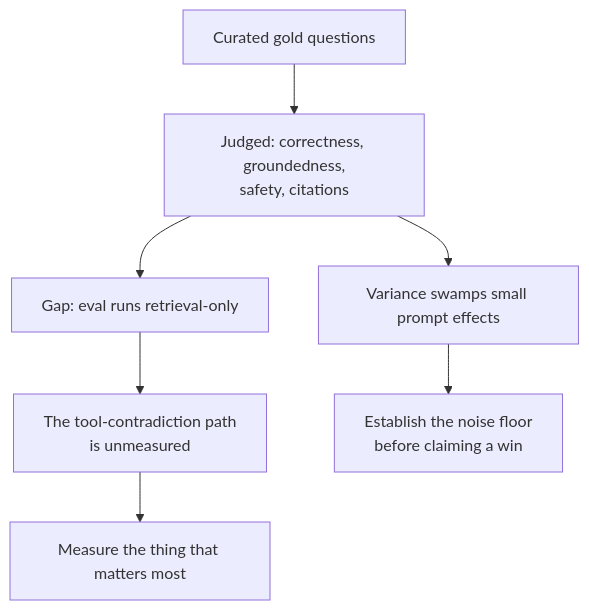
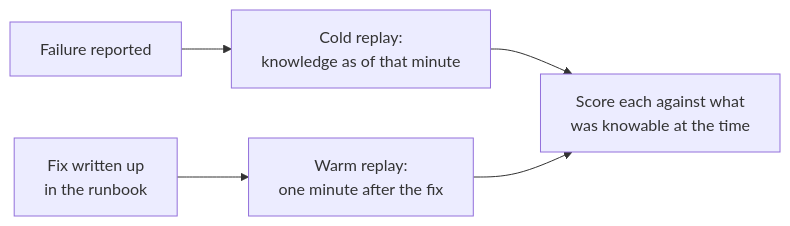
Before and after one commit to MihirUpasani/MihirUpasani.github.io: the tenth of 11 diagrams in src/content/blog/an-assistant-on-top-of-the-platform.md, drawn with Mermaid. The commit also changed other lines of this file and 2 other files, not shown here.

````diff
--- a/src/content/blog/an-assistant-on-top-of-the-platform.md
+++ b/src/content/blog/an-assistant-on-top-of-the-platform.md
@@ -247,9 +357,7 @@
 ```mermaid
-flowchart TB
-    Gold["Curated gold questions"] --> Judge["Judged: correctness, groundedness,<br/>safety, citations"]
-    Judge --> V["Variance swamps small prompt effects"]
-    Judge --> Gap["Gap: eval runs retrieval-only"]
-    Gap --> Missed["The tool-contradiction path<br/>is unmeasured"]
-    V --> Lesson["Establish the noise floor<br/>before claiming a win"]
-    Missed --> Lesson2["Measure the thing that matters most"]
+flowchart LR
+    R["Failure reported"] --> C["Cold replay:<br/>knowledge as of that minute"]
+    F["Fix written up<br/>in the runbook"] --> W["Warm replay:<br/>one minute after the fix"]
+    C --> S["Score each against what<br/>was knowable at the time"]
+    W --> S
 ```
````
